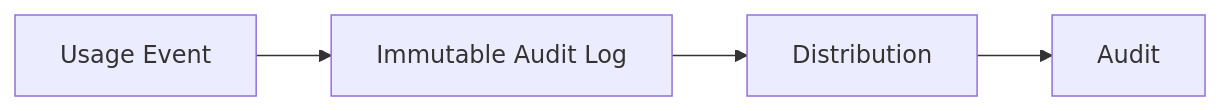
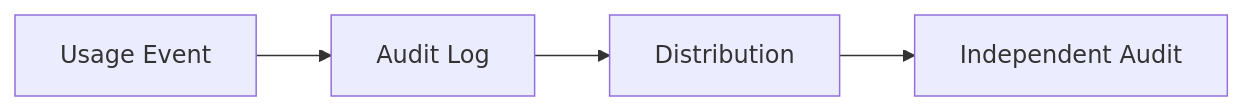
Before and after one commit to ShigeichiroYamasaki/creator-first-platform: diagram 16 of 46 in docs/whitepaper/13-roadmap.md, drawn with Mermaid. The commit also changed other lines of this file, not shown here.

````diff
--- a/docs/whitepaper/13-roadmap.md
+++ b/docs/whitepaper/13-roadmap.md
@@ -531,9 +517,9 @@
 ```mermaid
 flowchart LR
     EVENT[Usage Event]
-    LOG[Immutable Audit Log]
+    LOG[Audit Log]
     CALC[Distribution]
-    AUDIT[Audit]
+    AUDIT[Independent Audit]
 
     EVENT --> LOG --> CALC --> AUDIT
 ```
````
